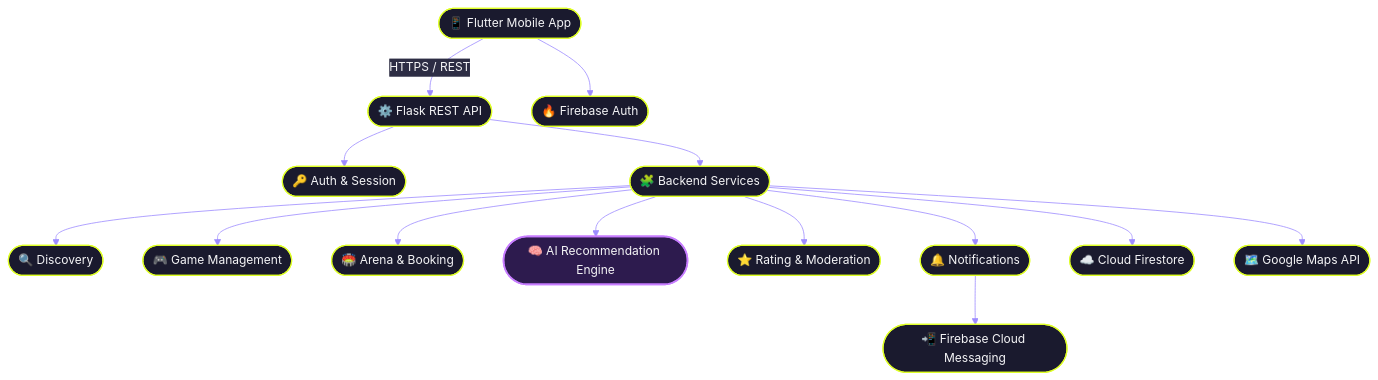
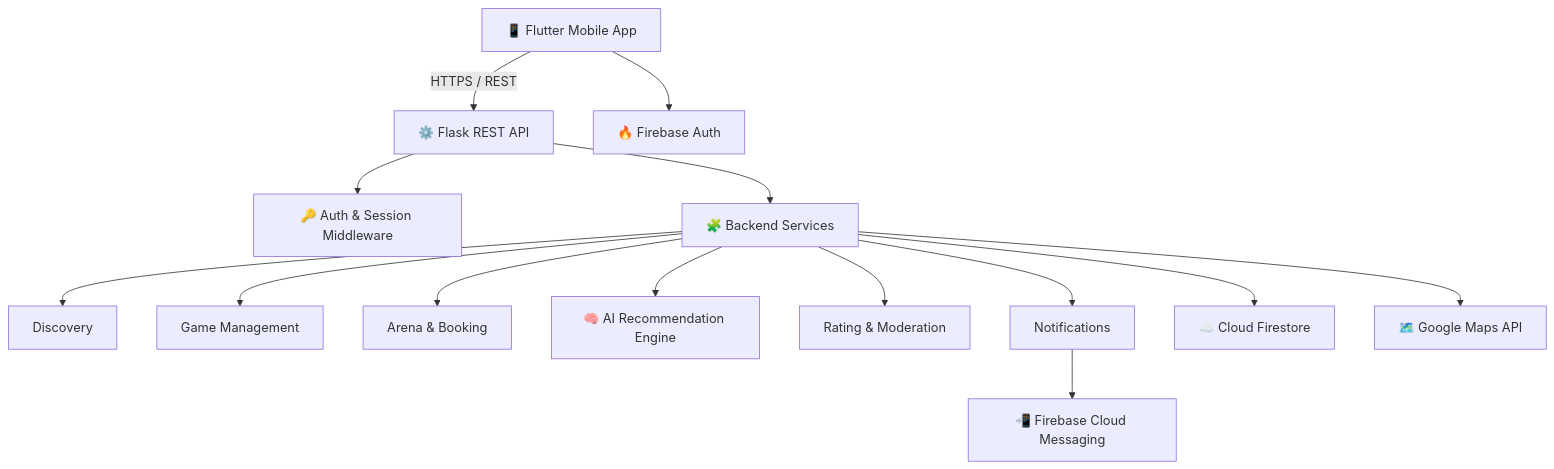
The diagram in README.md (pvrplxd/PlayersZWZ), drawn with Mermaid before and after one commit. The commit also changed other lines of this file, not shown here.

````diff
--- a/README.md
+++ b/README.md
@@ -101,35 +44,16 @@
 ```mermaid
-%%{init: {
-  "theme": "base",
-  "themeVariables": {
-    "background": "transparent",
-    "primaryColor": "#1a1a2e",
-    "primaryTextColor": "#f5f5f7",
-    "primaryBorderColor": "#DFFF27",
-    "lineColor": "#9d8cff",
-    "secondaryColor": "#2d2d44",
-    "tertiaryColor": "#1a1a2e",
-    "fontFamily": "Inter, sans-serif",
-    "fontSize": "15px"
-  },
-  "flowchart": { "curve": "basis", "rounded": true, "htmlLabels": true }
-}}%%
 flowchart TD
-    A(["📱 Flutter Mobile App"]) -->|HTTPS / REST| B(["⚙️ Flask REST API"])
-    B --> C(["🔑 Auth & Session"])
-    B --> D(["🧩 Backend Services"])
-    D --> D1(["🔍 Discovery"])
-    D --> D2(["🎮 Game Management"])
-    D --> D3(["🏟️ Arena & Booking"])
-    D --> D4(["🧠 AI Recommendation Engine"])
-    D --> D5(["⭐ Rating & Moderation"])
-    D --> D6(["🔔 Notifications"])
-    D --> E(["☁️ Cloud Firestore"])
-    A --> F(["🔥 Firebase Auth"])
-    D --> G(["🗺️ Google Maps API"])
-    D6 --> H(["📲 Firebase Cloud Messaging"])
-
-    classDef default fill:#1a1a2e,stroke:#DFFF27,stroke-width:1.5px,color:#f5f5f7,rx:12,ry:12
-    classDef ai fill:#2d1b4e,stroke:#c77dff,stroke-width:2px,color:#f5f5f7,rx:12,ry:12
-    class D4 ai
+    A["📱 Flutter Mobile App"] -->|HTTPS / REST| B["⚙️ Flask REST API"]
+    B --> C["🔑 Auth & Session Middleware"]
+    B --> D["🧩 Backend Services"]
+    D --> D1["Discovery"]
+    D --> D2["Game Management"]
+    D --> D3["Arena & Booking"]
+    D --> D4["🧠 AI Recommendation Engine"]
+    D --> D5["Rating & Moderation"]
+    D --> D6["Notifications"]
+    D --> E["☁️ Cloud Firestore"]
+    A --> F["🔥 Firebase Auth"]
+    D --> G["🗺️ Google Maps API"]
+    D6 --> H["📲 Firebase Cloud Messaging"]
 ```
````
